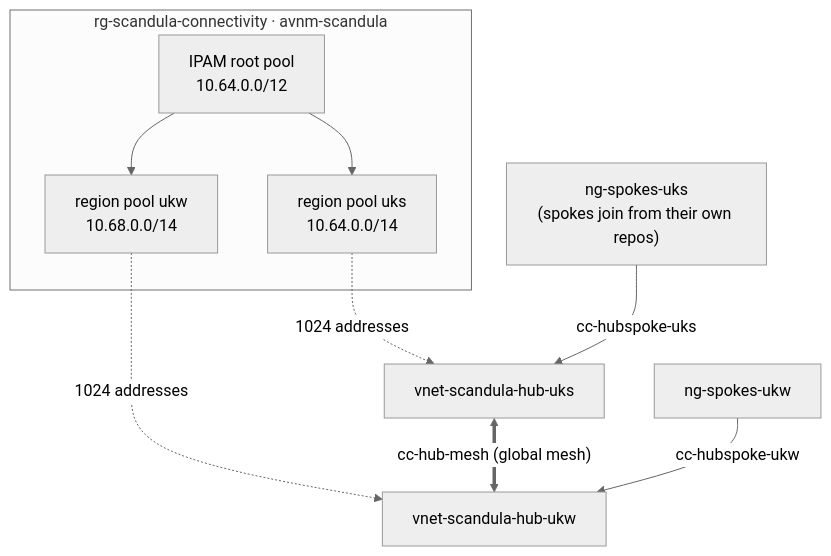
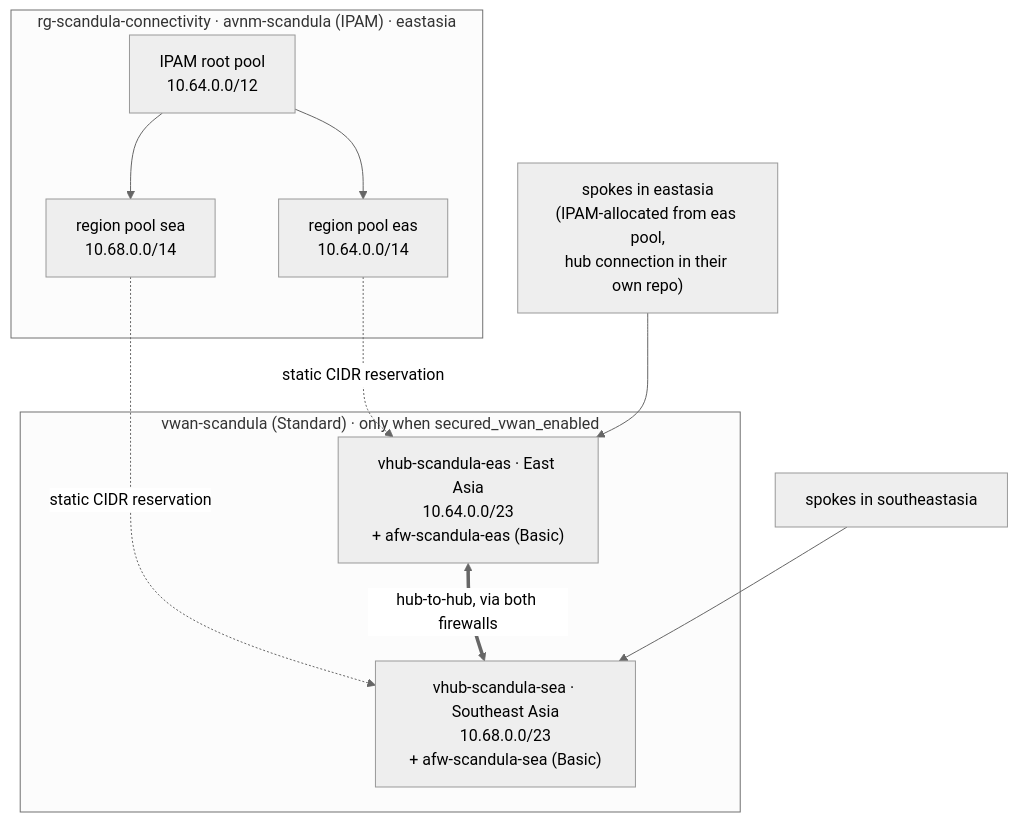
The diagram in docs/design.md (benoitnvl/scandula), drawn with Mermaid (neutral theme) before and after one commit. The commit also changed other lines of this file and 13 other files, not shown here.

First line of the commit message:
Secured Virtual WAN: two Firewall Basic hubs in East + Southeast Asia, off by default (#3)

````diff
--- a/docs/design.md
+++ b/docs/design.md
@@ -5,18 +5,22 @@
 ```mermaid
 flowchart TB
-  subgraph cp["rg-scandula-connectivity · avnm-scandula"]
+  subgraph cp["rg-scandula-connectivity · avnm-scandula (IPAM) · eastasia"]
     root["IPAM root pool<br/>10.64.0.0/12"]
-    uksPool["region pool uks<br/>10.64.0.0/14"]
-    ukwPool["region pool ukw<br/>10.68.0.0/14"]
-    root --> uksPool
-    root --> ukwPool
+    easPool["region pool eas<br/>10.64.0.0/14"]
+    seaPool["region pool sea<br/>10.68.0.0/14"]
+    root --> easPool
+    root --> seaPool
   end
 
-  uksPool -. "1024 addresses" .-> hubUks["vnet-scandula-hub-uks"]
-  ukwPool -. "1024 addresses" .-> hubUkw["vnet-scandula-hub-ukw"]
+  subgraph vwan["vwan-scandula (Standard) · only when secured_vwan_enabled"]
+    hubEas["vhub-scandula-eas · East Asia<br/>10.64.0.0/23<br/>+ afw-scandula-eas (Basic)"]
+    hubSea["vhub-scandula-sea · Southeast Asia<br/>10.68.0.0/23<br/>+ afw-scandula-sea (Basic)"]
+    hubEas <== "hub-to-hub, via both firewalls" ==> hubSea
+  end
 
-  hubUks <== "cc-hub-mesh (global mesh)" ==> hubUkw
+  easPool -. "static CIDR reservation" .-> hubEas
+  seaPool -. "static CIDR reservation" .-> hubSea
 
-  spokesUks["ng-spokes-uks<br/>(spokes join from their own repos)"] -- "cc-hubspoke-uks" --> hubUks
-  spokesUkw["ng-spokes-ukw"] -- "cc-hubspoke-ukw" --> hubUkw
+  spokesEas["spokes in eastasia<br/>(IPAM-allocated from eas pool,<br/>hub connection in their own repo)"] --> hubEas
+  spokesSea["spokes in southeastasia"] --> hubSea
 ```
````
